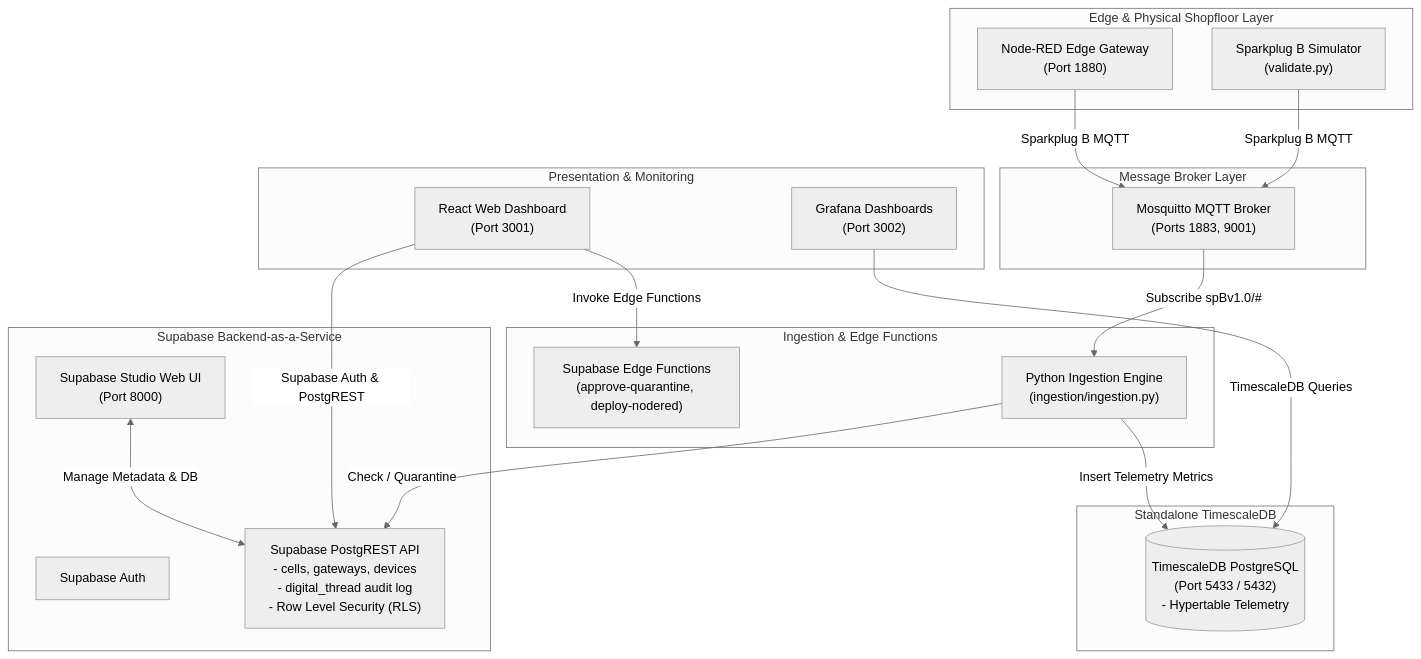
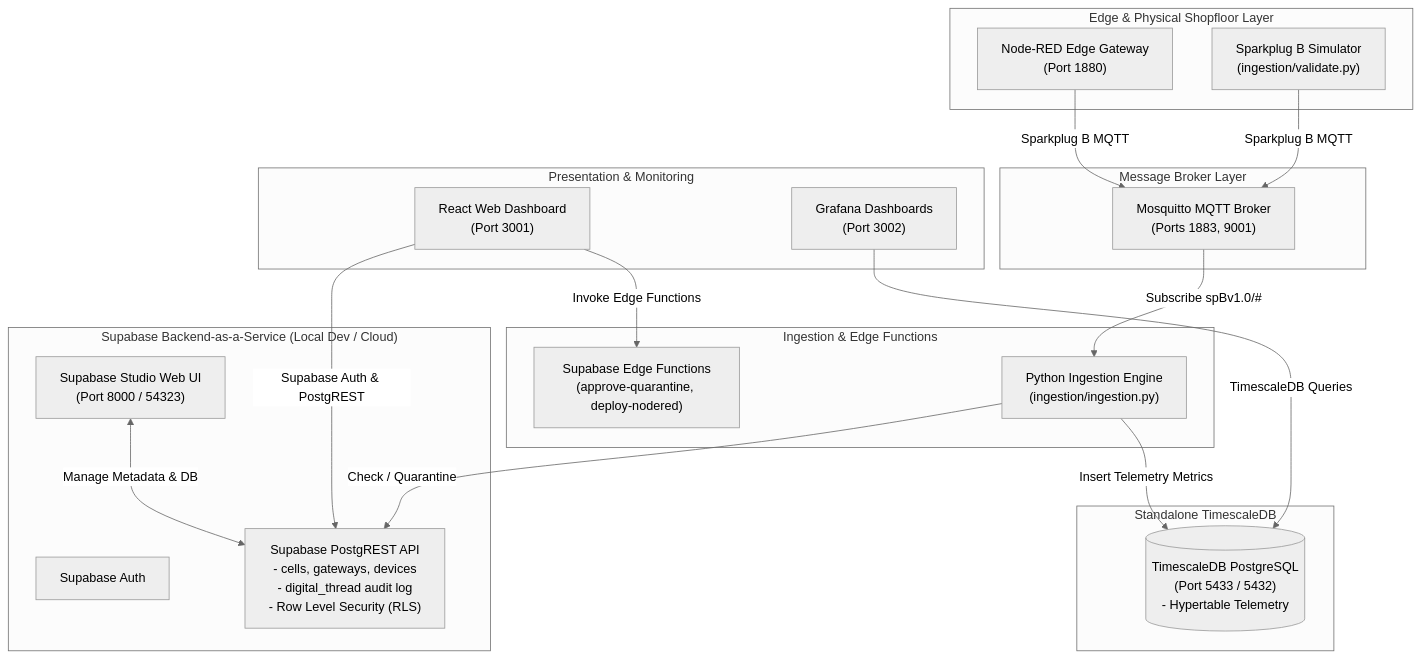
Before and after one commit to Harri-Llewelyn/Aber: the diagram in README.md, drawn with Mermaid (neutral theme). The commit also changed other lines of this file and 61 other files, not shown here.

````diff
--- a/README.md
+++ b/README.md
@@ -22,41 +22,41 @@
 ```mermaid
 flowchart TB
     subgraph Edge Layer ["Edge & Physical Shopfloor Layer"]
         NR["Node-RED Edge Gateway<br/>(Port 1880)"]
-        SIM["Sparkplug B Simulator<br/>(validate.py)"]
+        SIM["Sparkplug B Simulator<br/>(ingestion/validate.py)"]
     end
 
     subgraph Messaging ["Message Broker Layer"]
         MQTT["Mosquitto MQTT Broker<br/>(Ports 1883, 9001)"]
     end
 
     subgraph Processing ["Ingestion & Edge Functions"]
         ING["Python Ingestion Engine<br/>(ingestion/ingestion.py)"]
         EF["Supabase Edge Functions<br/>(approve-quarantine, deploy-nodered)"]
     end
 
-    subgraph Supabase ["Supabase Backend-as-a-Service"]
+    subgraph Supabase ["Supabase Backend-as-a-Service (Local Dev / Cloud)"]
         AUTH["Supabase Auth"]
         POSTGREST["Supabase PostgREST API<br/>- cells, gateways, devices<br/>- digital_thread audit log<br/>- Row Level Security (RLS)"]
-        STUDIO["Supabase Studio Web UI<br/>(Port 8000)"]
+        STUDIO["Supabase Studio Web UI<br/>(Port 8000 / 54323)"]
     end
 
     subgraph TelemetryDB ["Standalone TimescaleDB"]
         TSDB[("TimescaleDB PostgreSQL<br/>(Port 5433 / 5432)<br/>- Hypertable Telemetry")]
     end
 
     subgraph User Experience ["Presentation & Monitoring"]
         UI["React Web Dashboard<br/>(Port 3001)"]
         GRAF["Grafana Dashboards<br/>(Port 3002)"]
     end
 
     NR -->|Sparkplug B MQTT| MQTT
     SIM -->|Sparkplug B MQTT| MQTT
     MQTT -->|Subscribe spBv1.0/#| ING
     ING -->|Check / Quarantine| POSTGREST
     ING -->|Insert Telemetry Metrics| TSDB
     UI -->|Supabase Auth & PostgREST| POSTGREST
     UI -->|Invoke Edge Functions| EF
     STUDIO <-->|Manage Metadata & DB| POSTGREST
     GRAF -->|TimescaleDB Queries| TSDB
 ```
````
